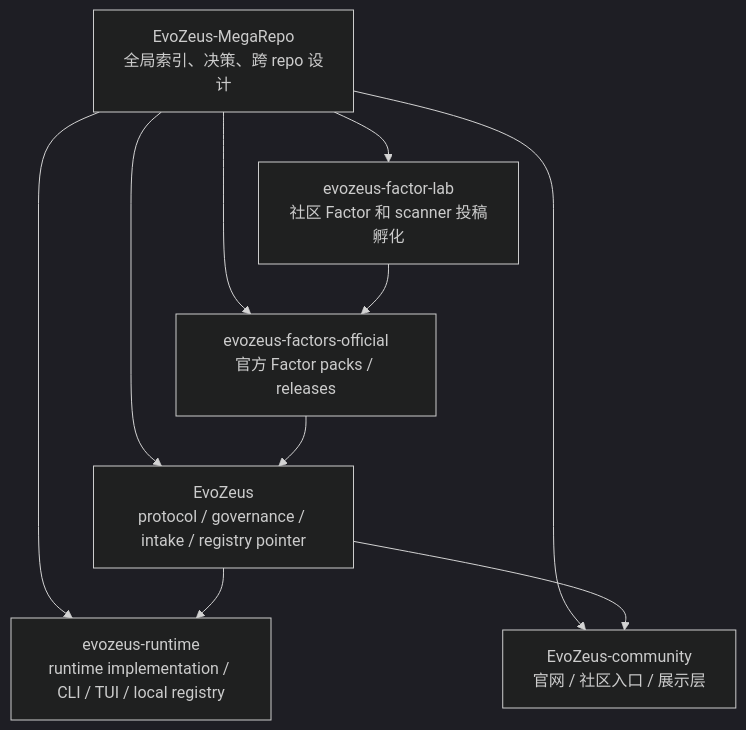
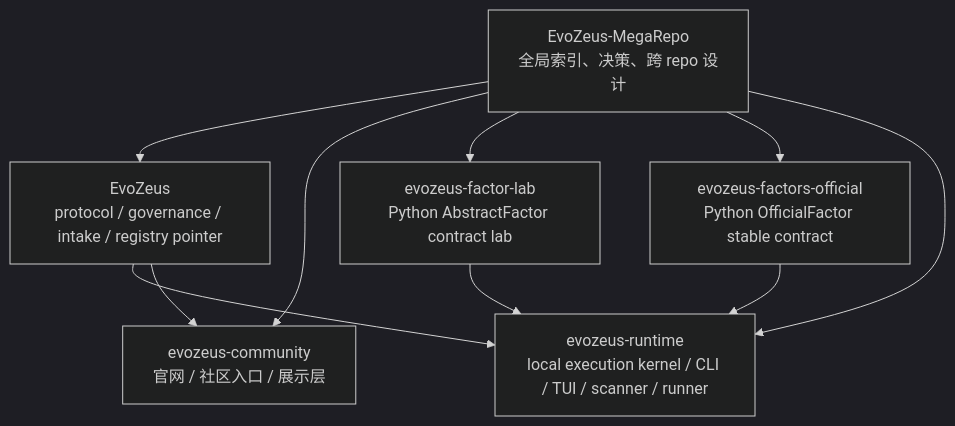
The second of 2 diagrams in 00-global/evozeus-overall-design.md (MetaInFLow/EvoZeus-MegaRepo), drawn with Mermaid (dark theme) before and after one commit. The commit also changed other lines of this file and 15 other files, not shown here.

Commit message:
docs: align factor repos as python contract surfaces

````diff
--- a/00-global/evozeus-overall-design.md
+++ b/00-global/evozeus-overall-design.md
@@ -84,13 +74,13 @@
 ```mermaid
 flowchart TB
   Mega["EvoZeus-MegaRepo<br/>全局索引、决策、跨 repo 设计"] --> Main["EvoZeus<br/>protocol / governance / intake / registry pointer"]
-  Mega --> Community["EvoZeus-community<br/>官网 / 社区入口 / 展示层"]
-  Mega --> Lab["evozeus-factor-lab<br/>社区 Factor 和 scanner 投稿孵化"]
-  Mega --> Official["evozeus-factors-official<br/>官方 Factor packs / releases"]
-  Mega --> Runtime["evozeus-runtime<br/>runtime implementation / CLI / TUI / local registry"]
+  Mega --> Community["evozeus-community<br/>官网 / 社区入口 / 展示层"]
+  Mega --> Lab["evozeus-factor-lab<br/>Python AbstractFactor contract lab"]
+  Mega --> Official["evozeus-factors-official<br/>Python OfficialFactor stable contract"]
+  Mega --> Runtime["evozeus-runtime<br/>local execution kernel / CLI / TUI / scanner / runner"]
 
-  Lab --> Official
-  Official --> Main
   Main --> Runtime
+  Lab --> Runtime
+  Official --> Runtime
   Main --> Community
 ```
````
